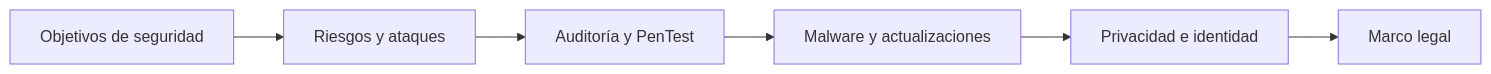
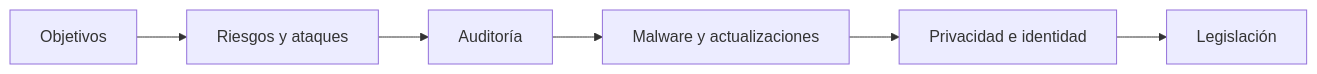
Before and after one commit to martalopezron92/2026-2SMR-SEGINF-Material: the first of 10 diagrams in materiales/diapositivas/UD01_diapositivas.md, drawn with Mermaid. The commit also changed other lines of this file, not shown here.

````diff
--- a/materiales/diapositivas/UD01_diapositivas.md
+++ b/materiales/diapositivas/UD01_diapositivas.md
@@ -11,8 +36,8 @@
 ```mermaid
 flowchart LR
-    A[Objetivos de seguridad] --> B[Riesgos y ataques]
-    B --> C[Auditoría y PenTest]
-    C --> D[Malware y actualizaciones]
-    D --> E[Privacidad e identidad]
-    E --> F[Marco legal]
+ A[Objetivos] --> B[Riesgos y ataques]
+ B --> C[Auditoría]
+ C --> D[Malware y actualizaciones]
+ D --> E[Privacidad e identidad]
+ E --> F[Legislación]
 ```
````
